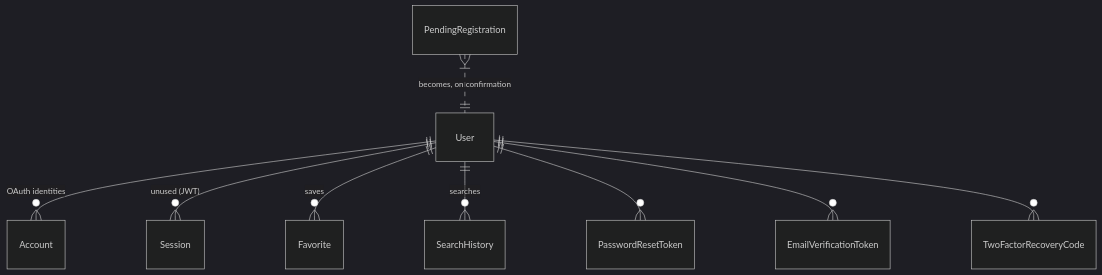
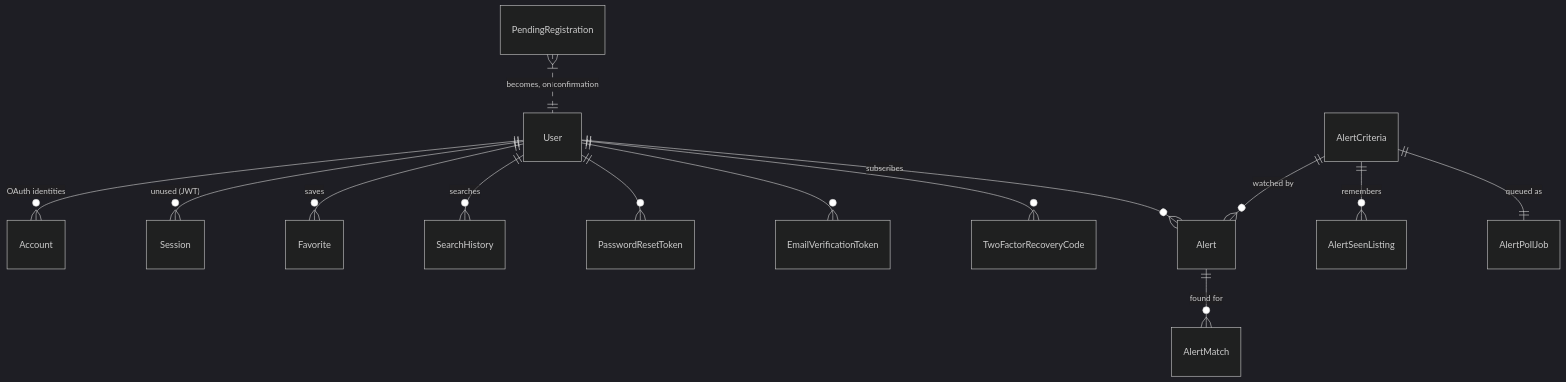
Before and after one commit to algusaem/buycarmap: the diagram in docs/data-model.md, drawn with Mermaid (dark theme). The commit also changed other lines of this file and 57 other files, not shown here.

````diff
--- a/docs/data-model.md
+++ b/docs/data-model.md
@@ -12,11 +13,16 @@
 ```mermaid
 erDiagram
     User ||--o{ Account : "OAuth identities"
     User ||--o{ Session : "unused (JWT)"
     User ||--o{ Favorite : saves
     User ||--o{ SearchHistory : searches
     User ||--o{ PasswordResetToken : ""
     User ||--o{ EmailVerificationToken : ""
     User ||--o{ TwoFactorRecoveryCode : ""
+    User ||--o{ Alert : subscribes
+    AlertCriteria ||--o{ Alert : "watched by"
+    AlertCriteria ||--o{ AlertSeenListing : remembers
+    AlertCriteria ||--|| AlertPollJob : "queued as"
+    Alert ||--o{ AlertMatch : "found for"
     PendingRegistration }|..|| User : "becomes, on confirmation"
 ```
````
